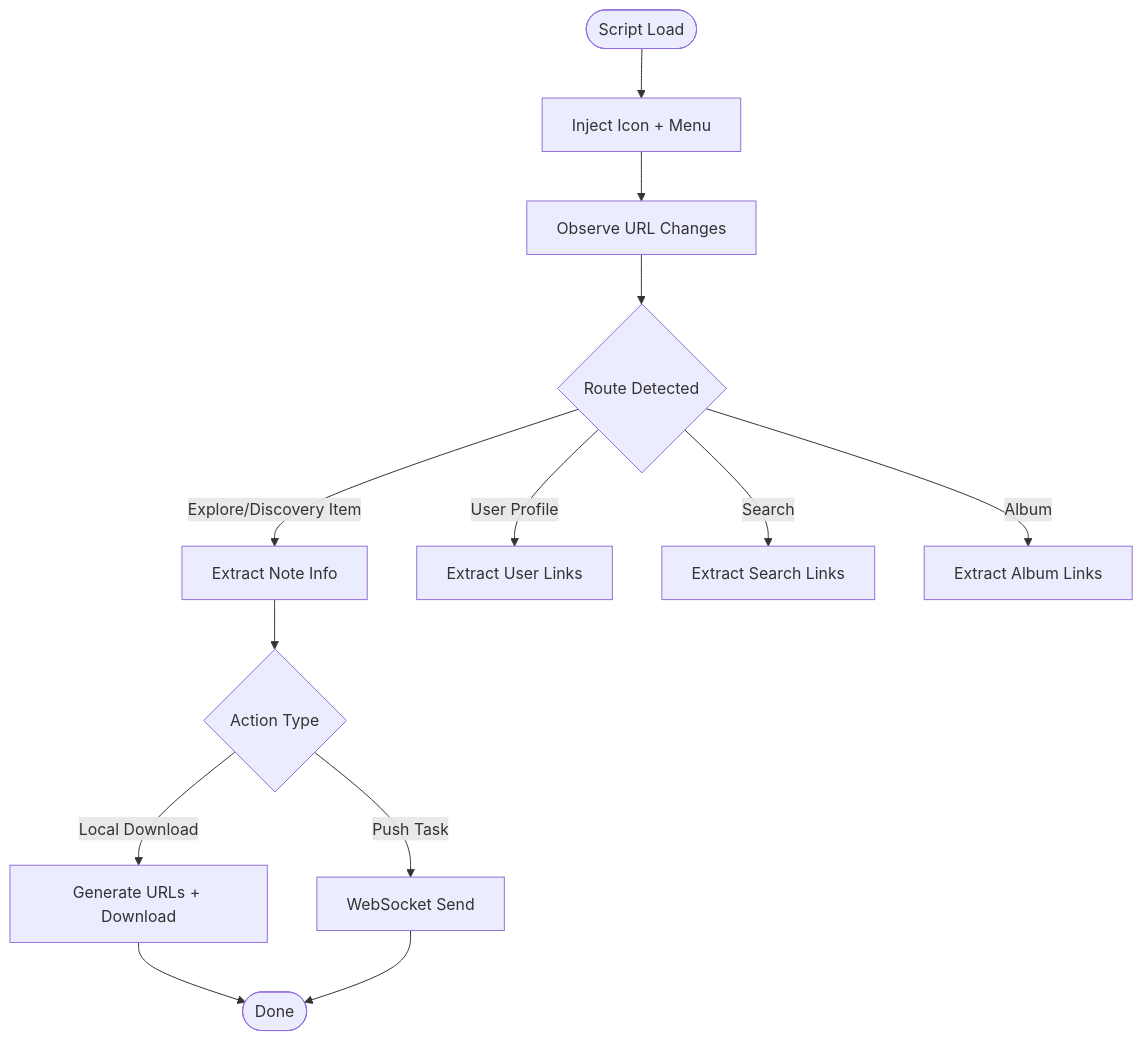
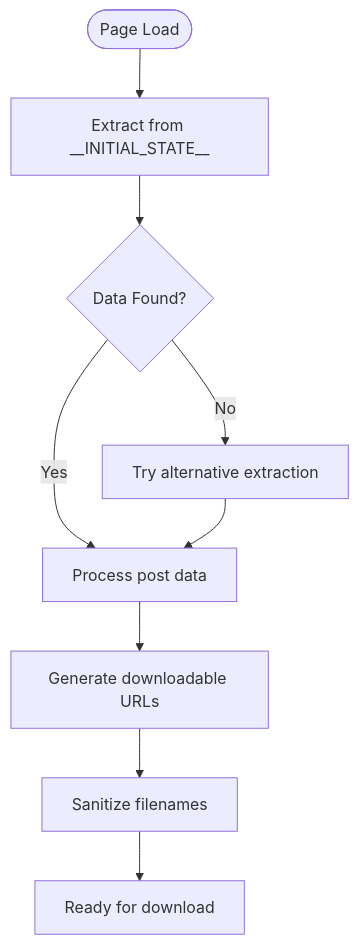
Before and after one commit to KY-2000/XHS-Downloader: the fourth of 8 diagrams in .qoder/repowiki/en/content/User Interfaces/Browser Integration.md, drawn with Mermaid. The commit also changed other lines of this file and 3 other files, not shown here.

````diff
--- a/.qoder/repowiki/en/content/User Interfaces/Browser Integration.md
+++ b/.qoder/repowiki/en/content/User Interfaces/Browser Integration.md
@@ -116,15 +169,11 @@
 ```mermaid
 flowchart TD
-Start(["Script Load"]) --> Inject["Inject Icon + Menu"]
-Inject --> Observe["Observe URL Changes"]
-Observe --> Route{"Route Detected"}
-Route --> |Explore/Discovery Item| ExtractNote["Extract Note Info"]
-Route --> |User Profile| ExtractUser["Extract User Links"]
-Route --> |Search| ExtractSearch["Extract Search Links"]
-Route --> |Album| ExtractAlbum["Extract Album Links"]
-ExtractNote --> Decide{"Action Type"}
-Decide --> |Local Download| Download["Generate URLs + Download"]
-Decide --> |Push Task| Push["WebSocket Send"]
-Download --> End(["Done"])
-Push --> End
+Start(["Page Load"]) --> Extract["Extract from __INITIAL_STATE__"]
+Extract --> Check{"Data Found?"}
+Check --> |Yes| Process["Process post data"]
+Check --> |No| Fallback["Try alternative extraction"]
+Fallback --> Process
+Process --> Generate["Generate downloadable URLs"]
+Generate --> Sanitize["Sanitize filenames"]
+Sanitize --> Ready["Ready for download"]
 ```
````
